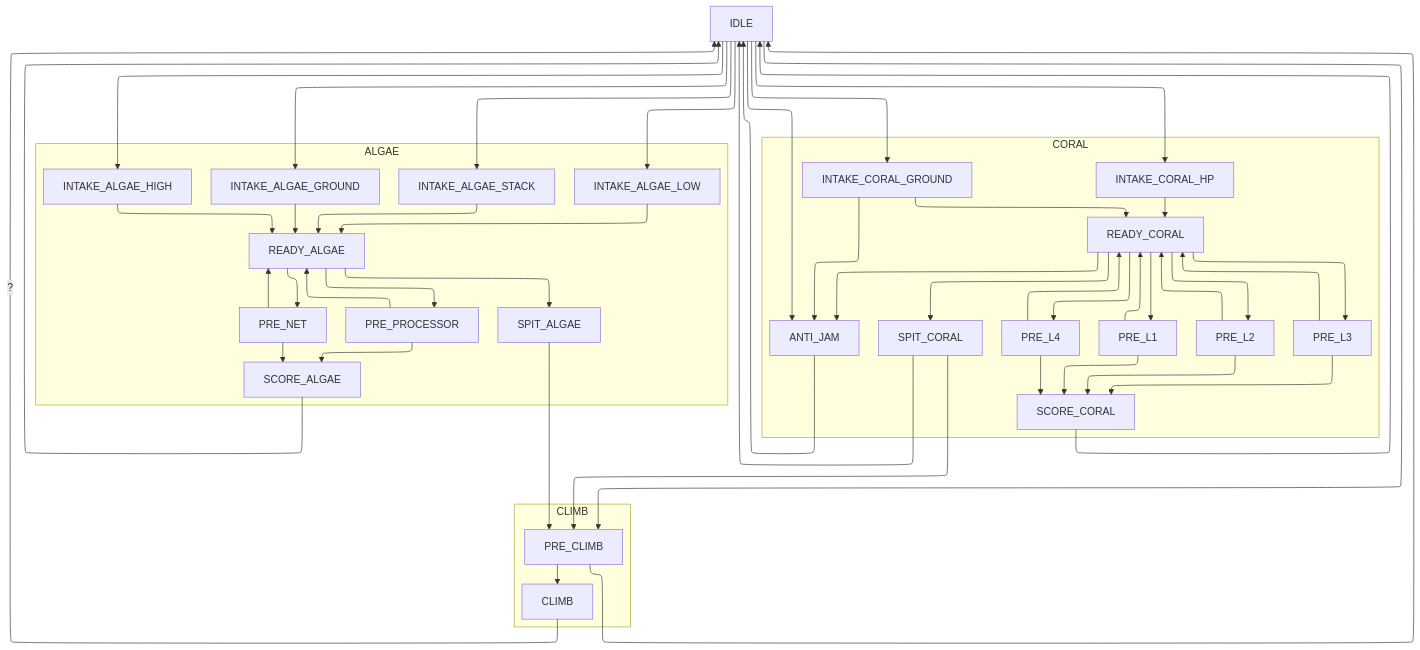
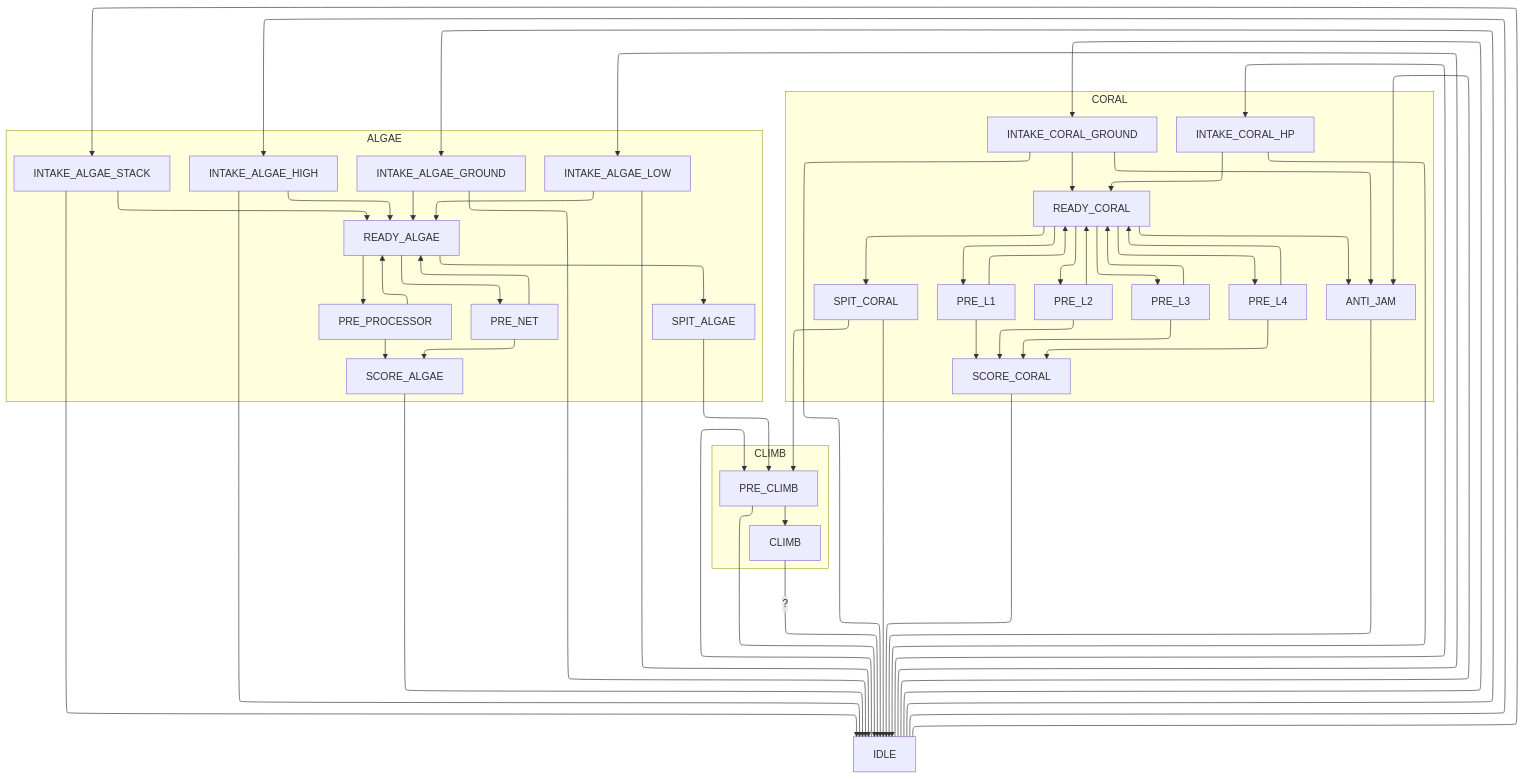
One commit to HighlanderRobotics/Reefscape changed the diagram in notes/superstructure.md. Above: the diagram before and after it, drawn with Mermaid. The commit also changed other lines of this file, not shown here.

Commit message:
make intake requests go back to idling

```diff
--- a/notes/superstructure.md
+++ b/notes/superstructure.md
@@ -8,6 +8,8 @@
 
 IDLE --> INTAKE_CORAL_HP
 IDLE --> INTAKE_CORAL_GROUND
+INTAKE_CORAL_HP --> IDLE
+INTAKE_CORAL_GROUND --> IDLE
 SCORE_CORAL --> IDLE
 SPIT_CORAL --> IDLE
 
@@ -44,6 +46,11 @@
 IDLE --> INTAKE_ALGAE_STACK
 IDLE --> INTAKE_ALGAE_LOW
 IDLE --> INTAKE_ALGAE_HIGH
+
+INTAKE_ALGAE_GROUND --> IDLE
+INTAKE_ALGAE_STACK --> IDLE
+INTAKE_ALGAE_LOW --> IDLE
+INTAKE_ALGAE_HIGH --> IDLE
 
 SCORE_ALGAE --> IDLE
 
```
